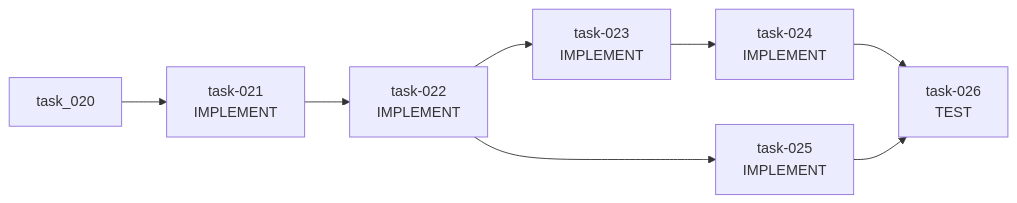
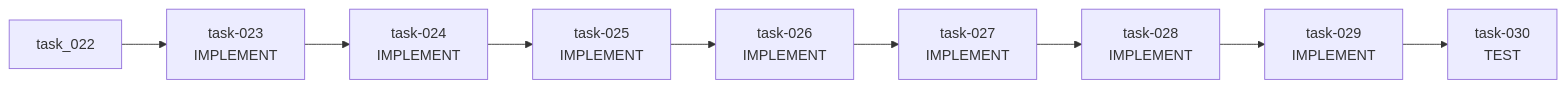
Before and after one commit to AndreVianna/aid-methodology: the fourth of 5 diagrams in .aid/works/work-001-agent-chat/PLAN.md, drawn with Mermaid. The commit also changed other lines of this file and 49 other files, not shown here.

````diff
--- a/.aid/works/work-001-agent-chat/PLAN.md
+++ b/.aid/works/work-001-agent-chat/PLAN.md
@@ -323,16 +332,19 @@
 ```mermaid
 graph LR
-  task_021["task-021<br/>IMPLEMENT"]
-  task_022["task-022<br/>IMPLEMENT"]
   task_023["task-023<br/>IMPLEMENT"]
   task_024["task-024<br/>IMPLEMENT"]
   task_025["task-025<br/>IMPLEMENT"]
-  task_026["task-026<br/>TEST"]
-  task_020 --> task_021
-  task_021 --> task_022
+  task_026["task-026<br/>IMPLEMENT"]
+  task_027["task-027<br/>IMPLEMENT"]
+  task_028["task-028<br/>IMPLEMENT"]
+  task_029["task-029<br/>IMPLEMENT"]
+  task_030["task-030<br/>TEST"]
   task_022 --> task_023
   task_023 --> task_024
-  task_022 --> task_025
-  task_024 --> task_026
+  task_024 --> task_025
   task_025 --> task_026
+  task_026 --> task_027
+  task_027 --> task_028
+  task_028 --> task_029
+  task_029 --> task_030
 ```
````
